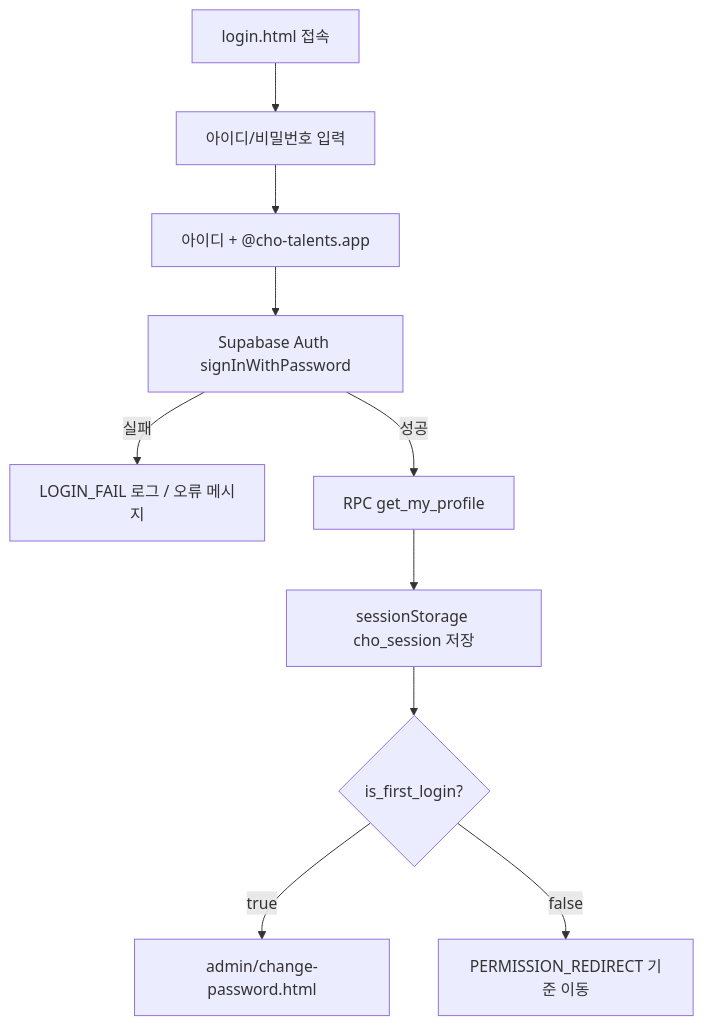
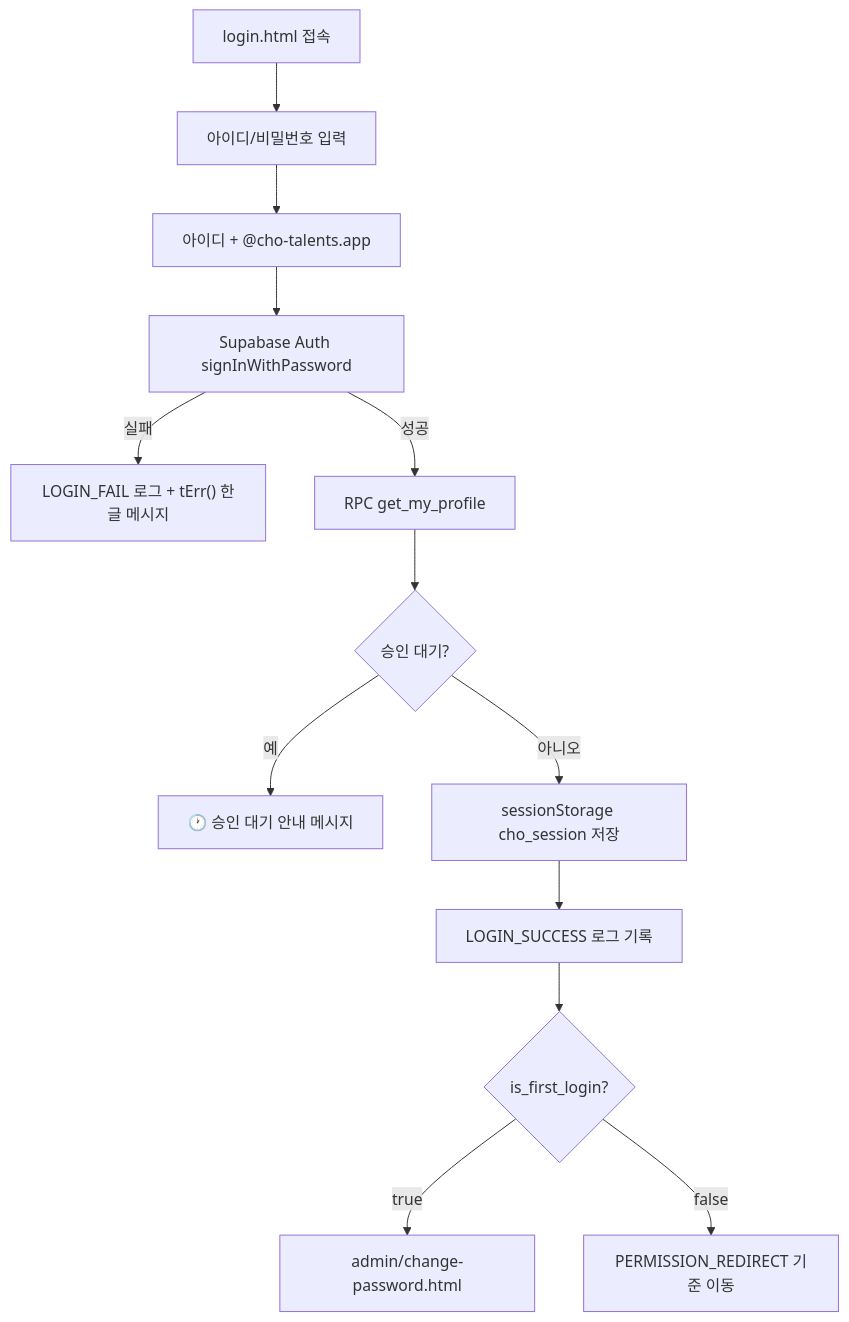
The third of 11 diagrams in docs/PROJECT_ARCHITECTURE_FLOW.md (CHO-Talents/CHO-Talents), drawn with Mermaid before and after one commit. The commit also changed other lines of this file and 2 other files, not shown here.

````diff
--- a/docs/PROJECT_ARCHITECTURE_FLOW.md
+++ b/docs/PROJECT_ARCHITECTURE_FLOW.md
@@ -139,12 +156,15 @@
 ```mermaid
 flowchart TD
   Start["login.html 접속"] --> Input["아이디/비밀번호 입력"]
   Input --> Email["아이디 + @cho-talents.app"]
   Email --> SignIn["Supabase Auth signInWithPassword"]
-  SignIn -->|실패| LoginFail["LOGIN_FAIL 로그 / 오류 메시지"]
+  SignIn -->|실패| LoginFail["LOGIN_FAIL 로그 + tErr() 한글 메시지"]
   SignIn -->|성공| Profile["RPC get_my_profile"]
-  Profile --> Cache["sessionStorage cho_session 저장"]
-  Cache --> FirstLogin{"is_first_login?"}
+  Profile --> Pending{"승인 대기?"}
+  Pending -->|예| PendingMsg["🕐 승인 대기 안내 메시지"]
+  Pending -->|아니오| Cache["sessionStorage cho_session 저장"]
+  Cache --> LoginLog["LOGIN_SUCCESS 로그 기록"]
+  LoginLog --> FirstLogin{"is_first_login?"}
   FirstLogin -->|true| Change["admin/change-password.html"]
   FirstLogin -->|false| Redirect["PERMISSION_REDIRECT 기준 이동"]
 ```
````
